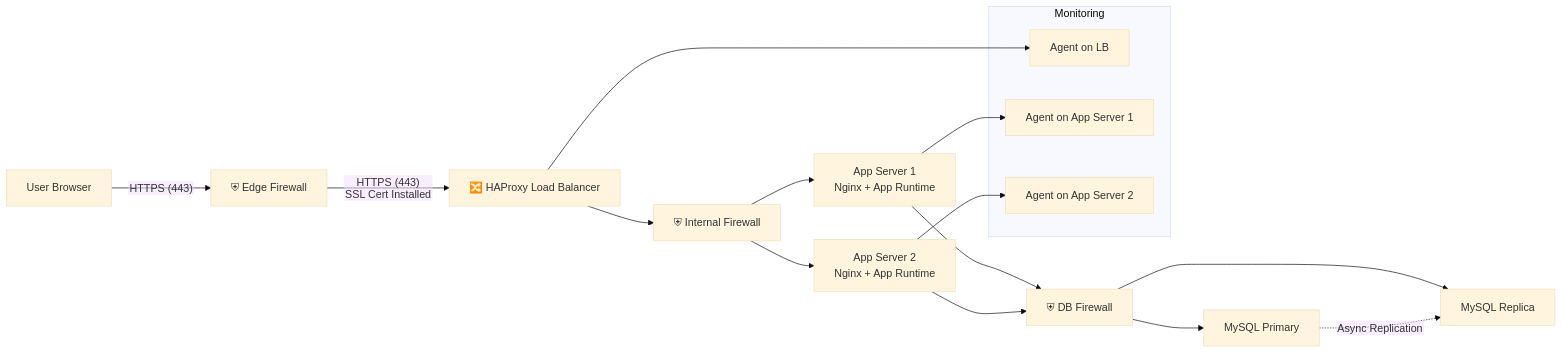
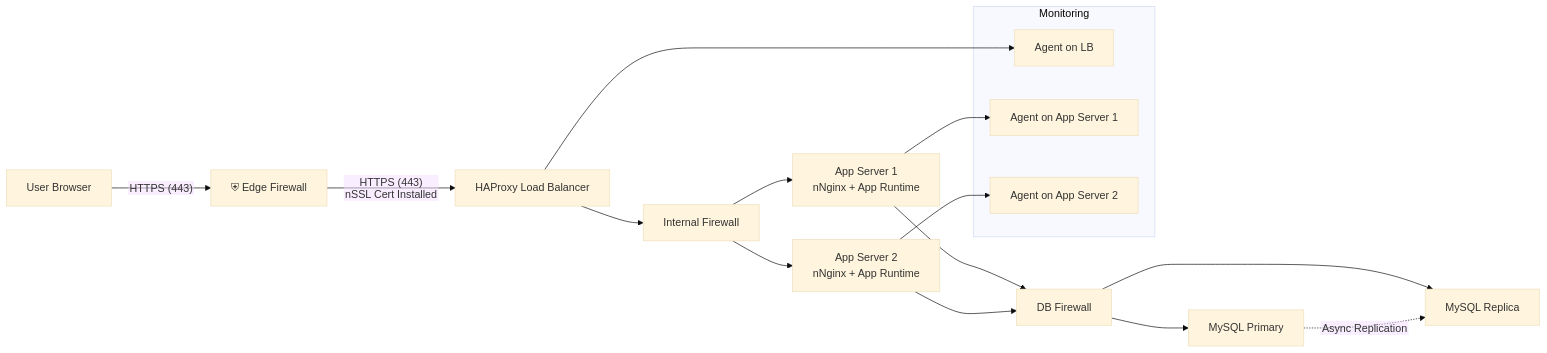
Before and after one commit to Paola-cmyk/holbertonschool-system_engineering-devops: the diagram in web_infrastructure_design/2-secured_and_monitored_web_infrastructure.md, drawn with Mermaid (base theme).

````diff
--- a/web_infrastructure_design/2-secured_and_monitored_web_infrastructure.md
+++ b/web_infrastructure_design/2-secured_and_monitored_web_infrastructure.md
@@ -6,38 +6,42 @@
 ```mermaid
 %%{init: {"flowchart": {"htmlLabels": false}}}%%
 flowchart LR
   %% Internet to Edge Firewall
   A["User Browser"] -->|"HTTPS (443)"| FW1["⛨ Edge Firewall"]
   
   %% Edge Firewall to Load Balancer
-  FW1 -->|"HTTPS (443)\nSSL Cert Installed"| LB["🔀 HAProxy Load Balancer"]
+  FW1 -->|"HTTPS (443)
+  nSSL Cert Installed"| LB["HAProxy Load Balancer"]
   
   %% Load Balancer to Internal Firewall
-  LB --> FW2["⛨ Internal Firewall"]
+  LB --> FW2["Internal Firewall"]
   
   %% Internal Firewall to App Servers
-  FW2 --> S1["App Server 1\nNginx + App Runtime"]
-  FW2 --> S2["App Server 2\nNginx + App Runtime"]
+  FW2 --> S1["App Server 1
+  nNginx + App Runtime"]
+  FW2 --> S2["App Server 2
+  nNginx + App Runtime"]
   
   %% Each App Server to Database Firewall
-  S1 --> FW3["⛨ DB Firewall"]
+  S1 --> FW3["DB Firewall"]
   S2 --> FW3
   
   %% DB Firewall to Database Nodes
   FW3 --> DB1["MySQL Primary"]
   FW3 --> DB2["MySQL Replica"]
   
   %% Replication Link
   DB1 -.->|"Async Replication"| DB2
   
   %% Monitoring Agents
   subgraph Monitoring
     M1["Agent on LB"]
     M2["Agent on App Server 1"]
     M3["Agent on App Server 2"]
   end
   
   LB --> M1
   S1 --> M2
   S2 --> M3
+
 ```
````
